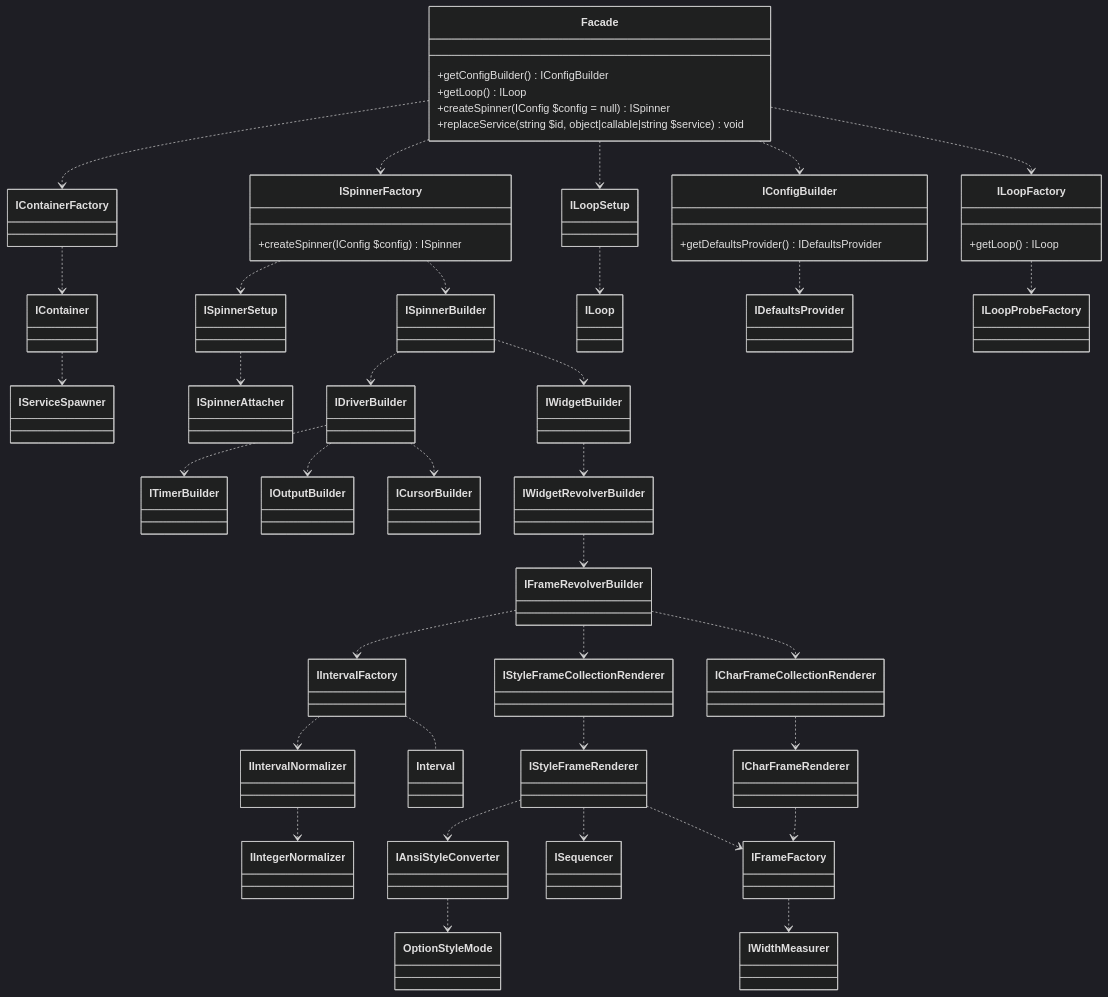
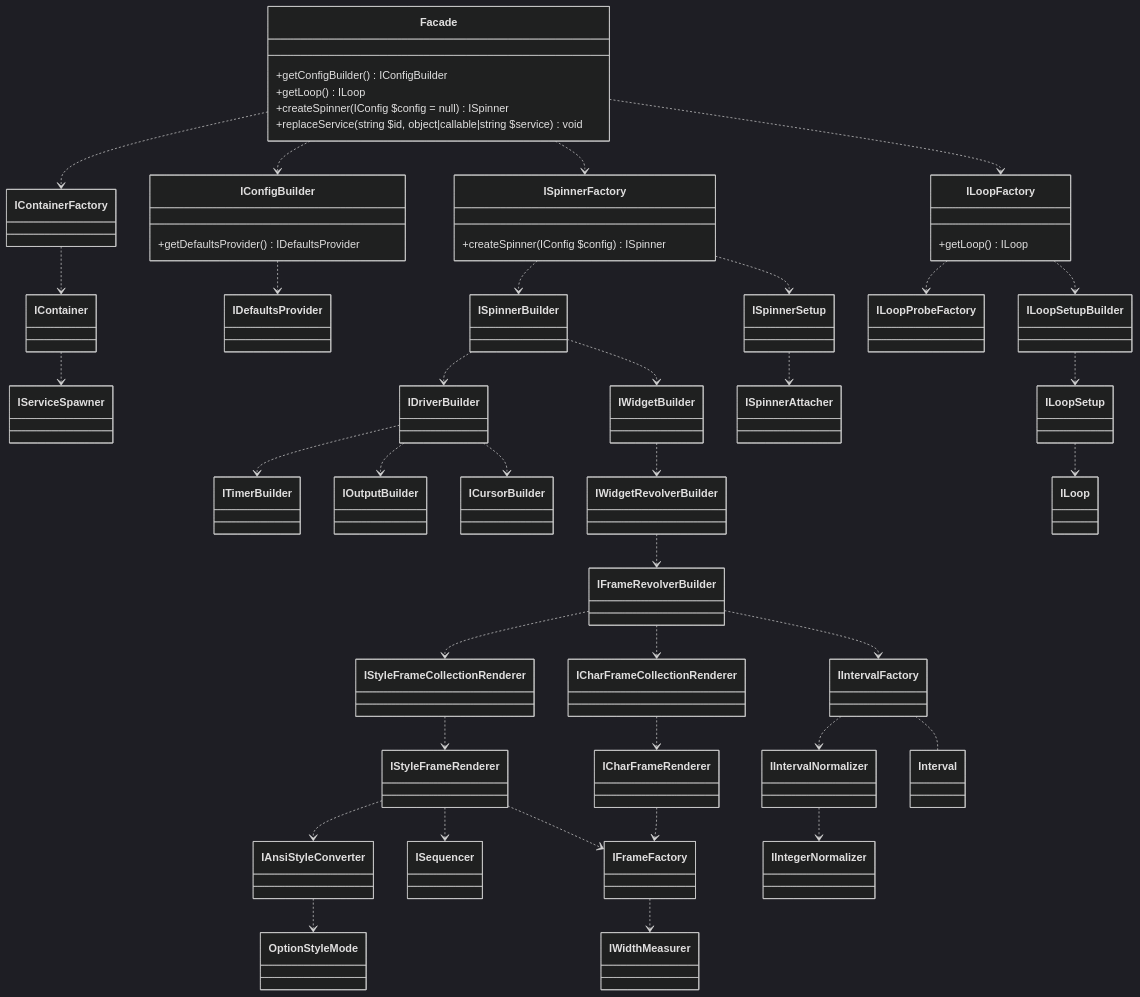
Before and after one commit to alecrabbit/php-console-spinner: the diagram in doc/info/chart/services.md, drawn with Mermaid (dark theme).

````diff
--- a/doc/info/chart/services.md
+++ b/doc/info/chart/services.md
@@ -3,80 +3,82 @@
 ```mermaid
 classDiagram
     direction TB
     Facade ..> IContainerFactory
     Facade ..> IConfigBuilder
     Facade ..> ISpinnerFactory
     Facade ..> ILoopFactory
-    Facade ..> ILoopSetup
    
 
     class Facade {
         +getConfigBuilder() IConfigBuilder
         +getLoop() ILoop
         +createSpinner(IConfig $config = null) ISpinner
         +replaceService(string $id, object|callable|string $service) void
     }
     
     IContainerFactory ..> IContainer
     
     IContainer ..> IServiceSpawner
 
     ISpinnerFactory ..> ISpinnerBuilder
     ISpinnerFactory ..> ISpinnerSetup
 
     ILoopSetup ..> ILoop
 
     ISpinnerSetup ..> ISpinnerAttacher
 
     class ISpinnerFactory {
         +createSpinner(IConfig $config) ISpinner
     }
     
     IConfigBuilder ..> IDefaultsProvider
     
     class IConfigBuilder {
         +getDefaultsProvider() IDefaultsProvider
     }
     
     ILoopFactory ..> ILoopProbeFactory
+    ILoopFactory ..> ILoopSetupBuilder
+    
+    ILoopSetupBuilder ..> ILoopSetup
 
     class ILoopFactory {
         +getLoop() ILoop
     }
     
     ISpinnerBuilder ..> IDriverBuilder
     ISpinnerBuilder ..> IWidgetBuilder
 
     IDriverBuilder ..> ITimerBuilder
     IDriverBuilder ..> IOutputBuilder
     IDriverBuilder ..> ICursorBuilder
 
     IWidgetBuilder ..> IWidgetRevolverBuilder
 
     IWidgetRevolverBuilder ..> IFrameRevolverBuilder
 
     IFrameRevolverBuilder ..> IStyleFrameCollectionRenderer
     IFrameRevolverBuilder ..> ICharFrameCollectionRenderer
     IFrameRevolverBuilder ..> IIntervalFactory
 
     IIntervalFactory ..> IIntervalNormalizer
     IIntervalFactory .. Interval
 
     IIntervalNormalizer ..> IIntegerNormalizer
 
     IStyleFrameCollectionRenderer ..> IStyleFrameRenderer
 
     ICharFrameCollectionRenderer ..> ICharFrameRenderer
 
     IStyleFrameRenderer ..> IAnsiStyleConverter
     IStyleFrameRenderer ..> ISequencer
     IStyleFrameRenderer ..> IFrameFactory
     
     ICharFrameRenderer ..> IFrameFactory
 
     IAnsiStyleConverter ..> OptionStyleMode
 
     IFrameFactory ..> IWidthMeasurer
 
 
 ```
````
